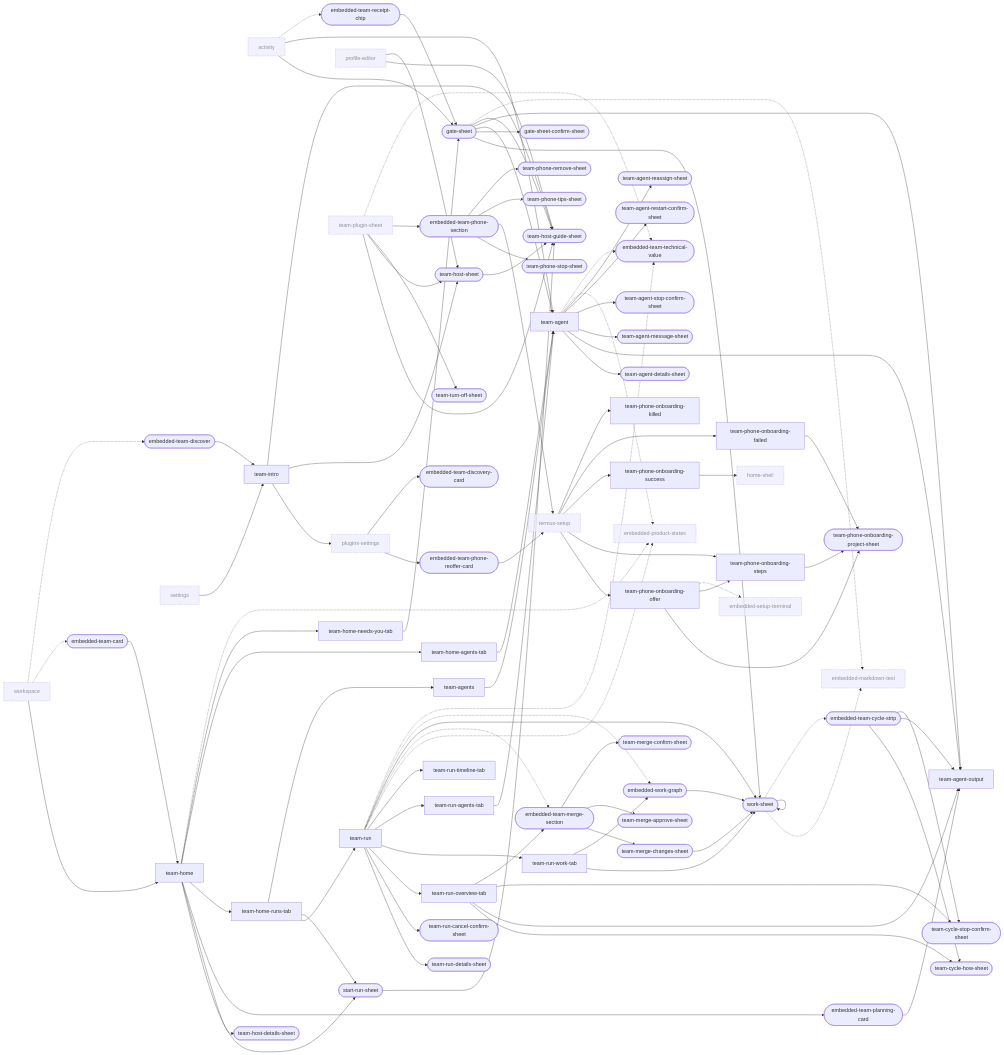
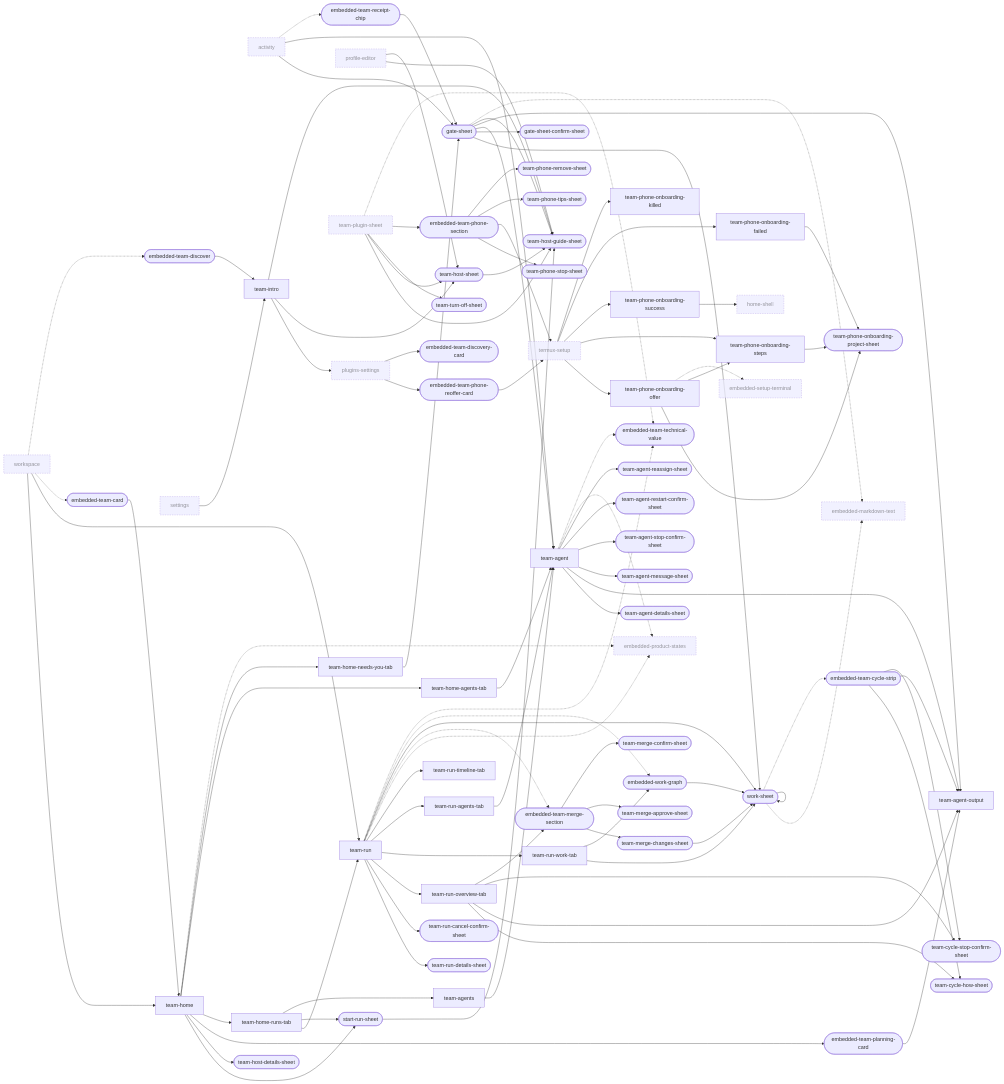
One commit to Breskott/opencode-mobile-next changed the seventh of 10 diagrams in docs/design/ui-ledger/navigation.md. Above: the diagram before and after it, drawn with Mermaid. The commit also changed other lines of this file and 67 other files, not shown here.

```diff
--- a/docs/design/ui-ledger/navigation.md
+++ b/docs/design/ui-ledger/navigation.md
@@ -1052,6 +1054,7 @@
   activity --> gate_sheet
   activity --> team_agent
   workspace --> team_home
+  workspace --> team_run
   profile_editor --> team_host_guide_sheet
   profile_editor --> team_host_sheet
   team_home --> start_run_sheet
```
